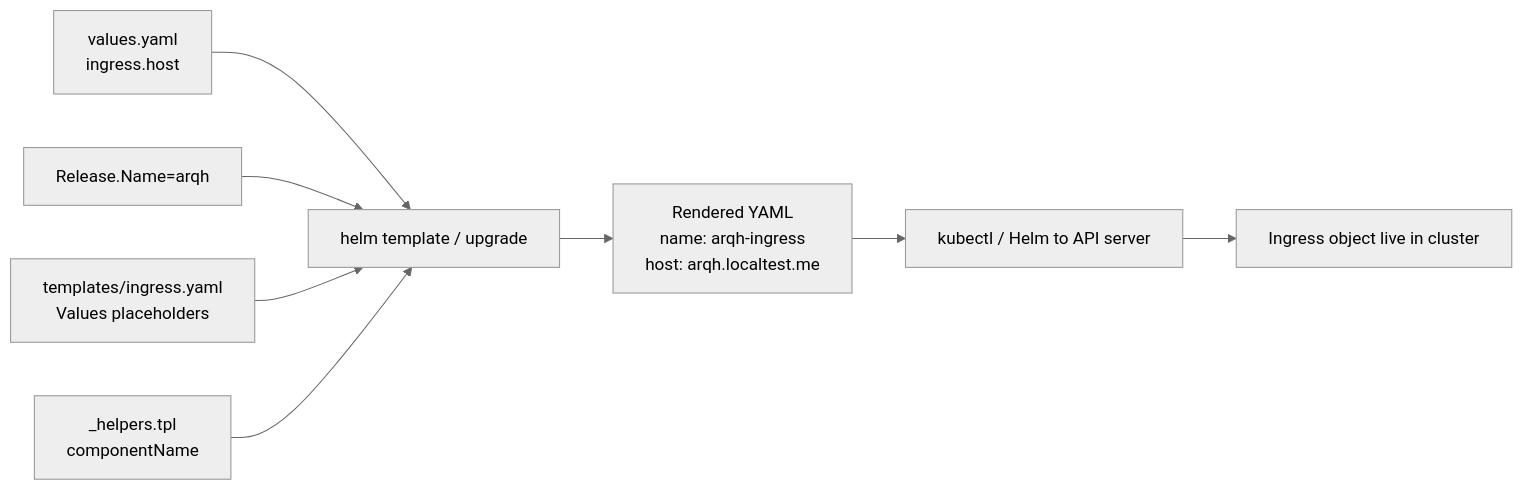
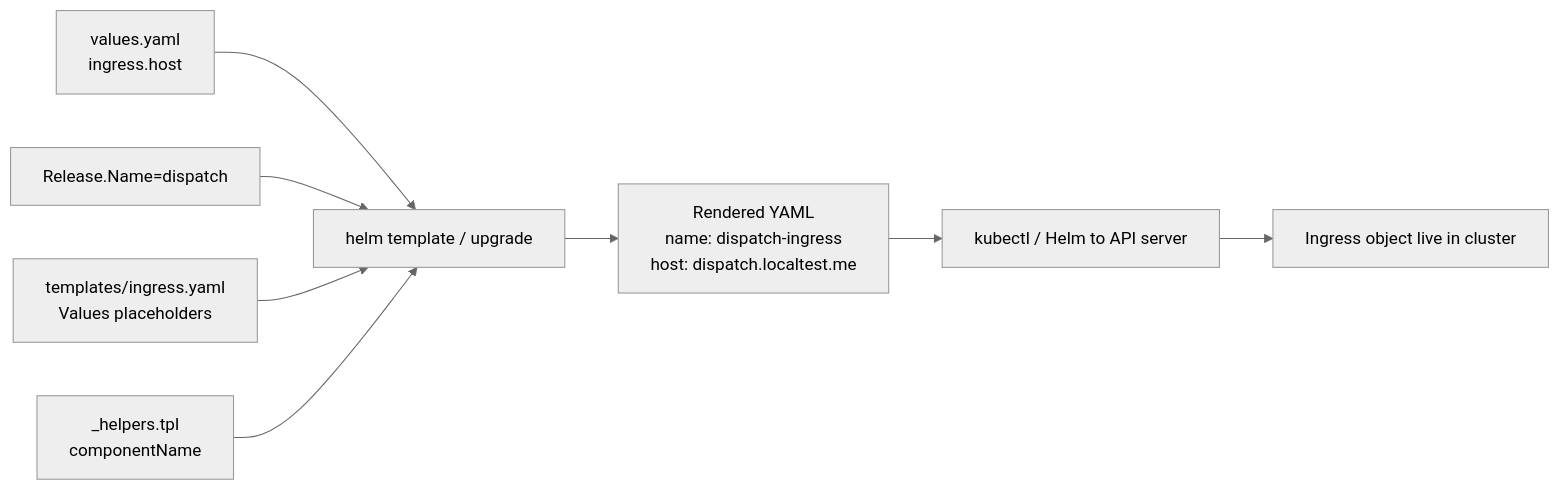
One commit to eqan/Scalable-Fleet-Dispatcher changed the ninth of 12 diagrams in README.md. Above: the diagram before and after it, drawn with Mermaid (neutral theme). The commit also changed other lines of this file and 75 other files, not shown here.

````diff
--- a/README.md
+++ b/README.md
@@ -481,10 +481,10 @@
 ```mermaid
 flowchart LR
   V["values.yaml<br/>ingress.host"] --> H["helm template / upgrade"]
-  R["Release.Name=arqh"] --> H
+  R["Release.Name=dispatch"] --> H
   T["templates/ingress.yaml<br/>Values placeholders"] --> H
   P["_helpers.tpl<br/>componentName"] --> H
-  H --> Y["Rendered YAML<br/>name: arqh-ingress<br/>host: arqh.localtest.me"]
+  H --> Y["Rendered YAML<br/>name: dispatch-ingress<br/>host: dispatch.localtest.me"]
   Y --> K["kubectl / Helm to API server"]
   K --> O["Ingress object live in cluster"]
 ```
````
